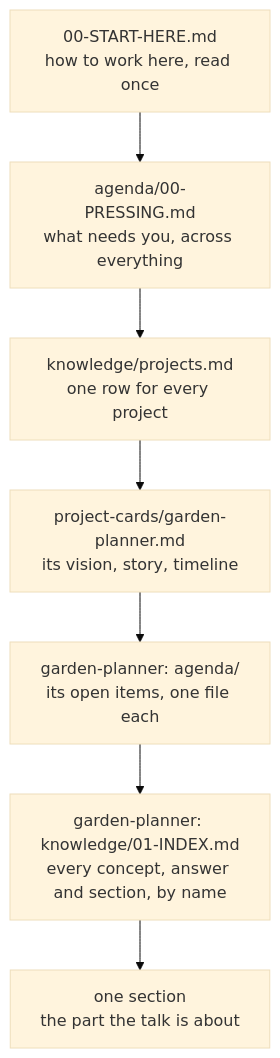
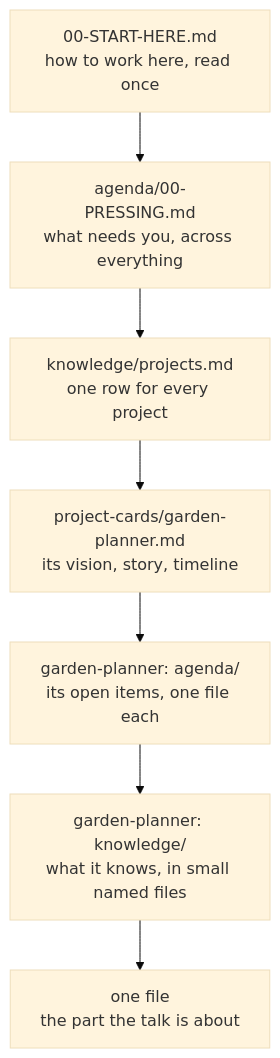
Before and after one commit to sirfifer/collab-kit: the diagram in docs/how-it-works.md, drawn with Mermaid (base theme). The commit also changed other lines of this file and 20 other files, not shown here.

````diff
--- a/docs/how-it-works.md
+++ b/docs/how-it-works.md
@@ -65,11 +55,11 @@
 ```mermaid
 flowchart TD
     S["00-START-HERE.md<br/>how to work here, read once"]
     P["agenda/00-PRESSING.md<br/>what needs you, across everything"]
     K["knowledge/projects.md<br/>one row for every project"]
     C["project-cards/garden-planner.md<br/>its vision, story, timeline"]
     A["garden-planner: agenda/<br/>its open items, one file each"]
-    I["garden-planner: knowledge/01-INDEX.md<br/>every concept, answer and section, by name"]
-    D["one section<br/>the part the talk is about"]
+    I["garden-planner: knowledge/<br/>what it knows, in small named files"]
+    D["one file<br/>the part the talk is about"]
     S --> P --> K --> C --> A --> I --> D
 ```
````
